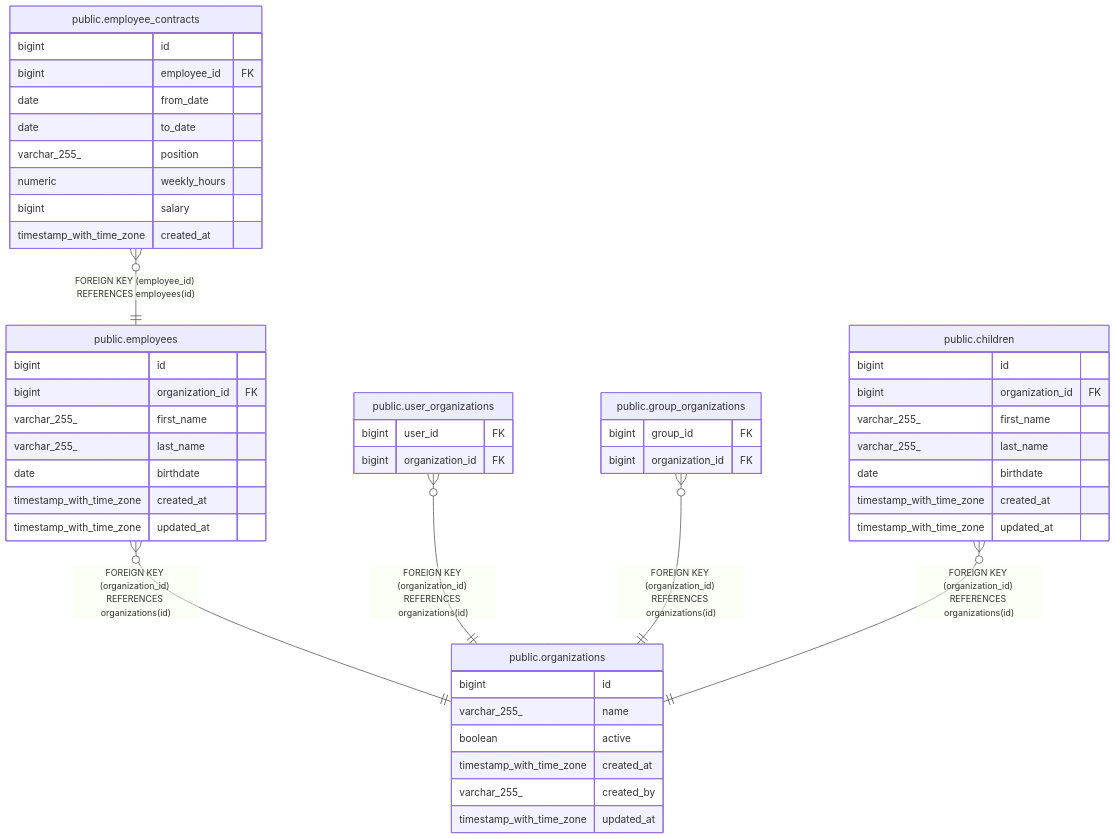
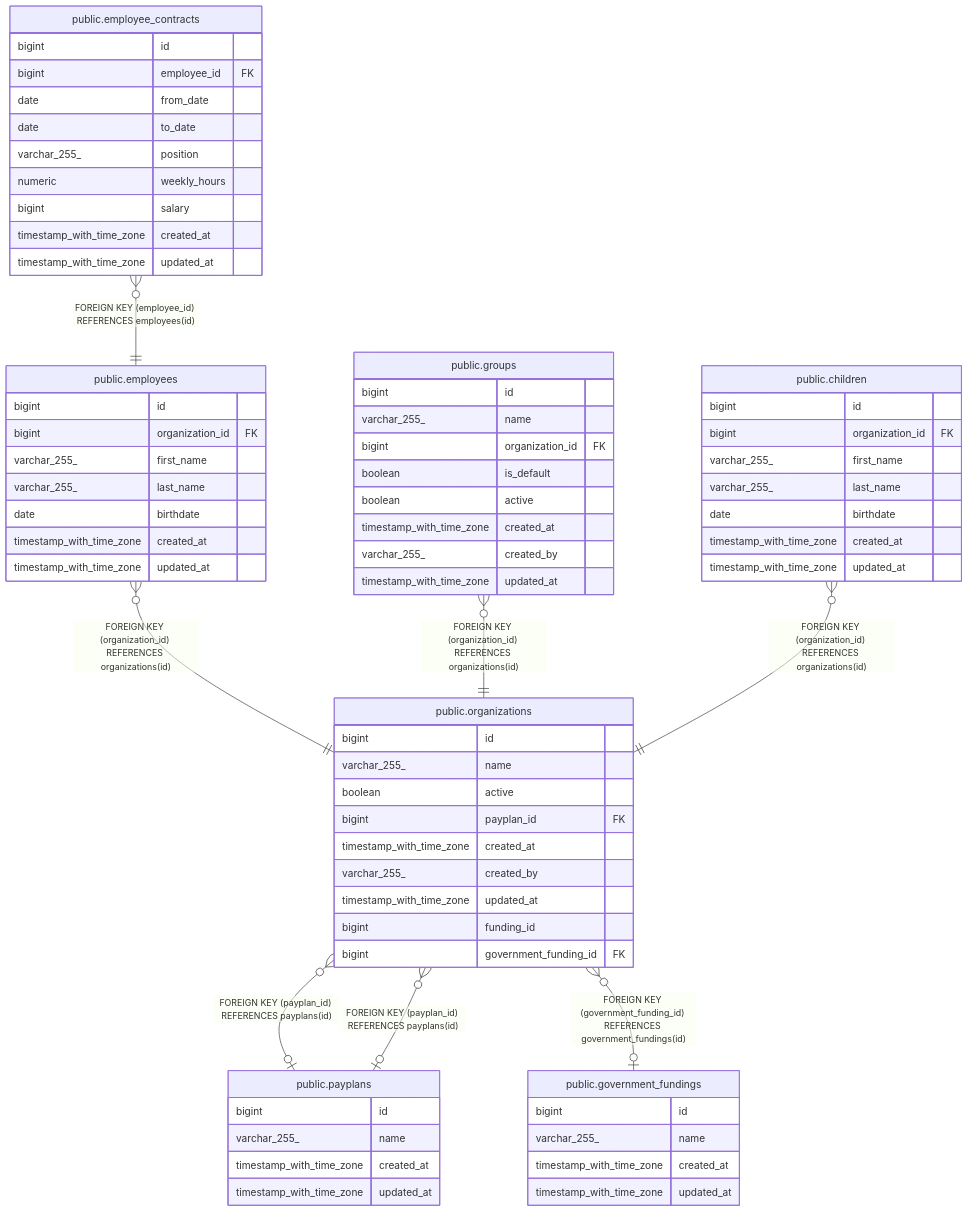
The diagram in docs/schema/public.employees.md (toabctl/kitamanager-go), drawn with Mermaid before and after one commit. The commit also changed 41 other files, not shown here.

````diff
--- a/docs/schema/public.employees.md
+++ b/docs/schema/public.employees.md
@@ -38,54 +38,74 @@
 ```mermaid
 erDiagram
 
 "public.employee_contracts" }o--|| "public.employees" : "FOREIGN KEY (employee_id) REFERENCES employees(id)"
 "public.employees" }o--|| "public.organizations" : "FOREIGN KEY (organization_id) REFERENCES organizations(id)"
-"public.user_organizations" }o--|| "public.organizations" : "FOREIGN KEY (organization_id) REFERENCES organizations(id)"
-"public.group_organizations" }o--|| "public.organizations" : "FOREIGN KEY (organization_id) REFERENCES organizations(id)"
+"public.groups" }o--|| "public.organizations" : "FOREIGN KEY (organization_id) REFERENCES organizations(id)"
 "public.children" }o--|| "public.organizations" : "FOREIGN KEY (organization_id) REFERENCES organizations(id)"
+"public.organizations" }o--o| "public.payplans" : "FOREIGN KEY (payplan_id) REFERENCES payplans(id)"
+"public.organizations" }o--o| "public.payplans" : "FOREIGN KEY (payplan_id) REFERENCES payplans(id)"
+"public.organizations" }o--o| "public.government_fundings" : "FOREIGN KEY (government_funding_id) REFERENCES government_fundings(id)"
 
 "public.employees" {
   bigint id
   bigint organization_id FK
   varchar_255_ first_name
   varchar_255_ last_name
   date birthdate
   timestamp_with_time_zone created_at
   timestamp_with_time_zone updated_at
 }
 "public.employee_contracts" {
   bigint id
   bigint employee_id FK
   date from_date
   date to_date
   varchar_255_ position
   numeric weekly_hours
   bigint salary
   timestamp_with_time_zone created_at
+  timestamp_with_time_zone updated_at
 }
 "public.organizations" {
   bigint id
   varchar_255_ name
   boolean active
+  bigint payplan_id FK
   timestamp_with_time_zone created_at
   varchar_255_ created_by
   timestamp_with_time_zone updated_at
+  bigint funding_id
+  bigint government_funding_id FK
 }
-"public.user_organizations" {
-  bigint user_id FK
+"public.groups" {
+  bigint id
+  varchar_255_ name
   bigint organization_id FK
-}
-"public.group_organizations" {
-  bigint group_id FK
-  bigint organization_id FK
+  boolean is_default
+  boolean active
+  timestamp_with_time_zone created_at
+  varchar_255_ created_by
+  timestamp_with_time_zone updated_at
 }
 "public.children" {
   bigint id
   bigint organization_id FK
   varchar_255_ first_name
   varchar_255_ last_name
   date birthdate
   timestamp_with_time_zone created_at
   timestamp_with_time_zone updated_at
 }
+"public.payplans" {
+  bigint id
+  varchar_255_ name
+  timestamp_with_time_zone created_at
+  timestamp_with_time_zone updated_at
+}
+"public.government_fundings" {
+  bigint id
+  varchar_255_ name
+  timestamp_with_time_zone created_at
+  timestamp_with_time_zone updated_at
+}
 ```
````
